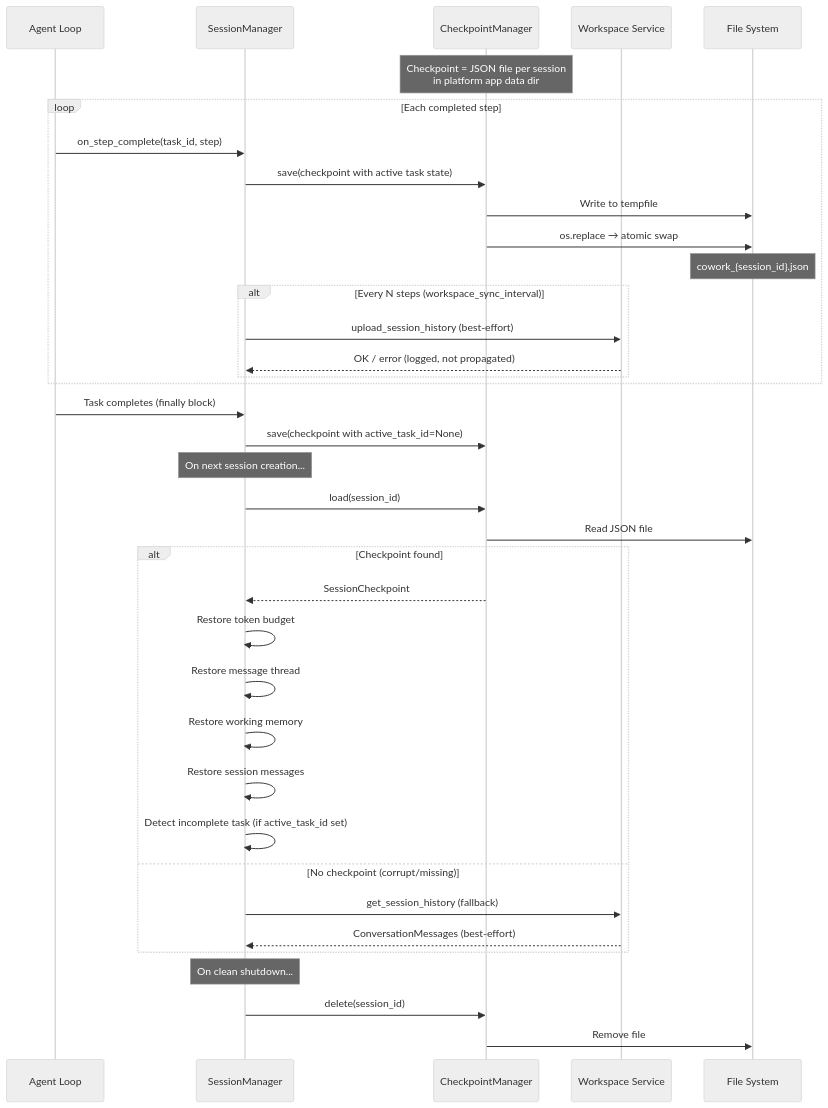
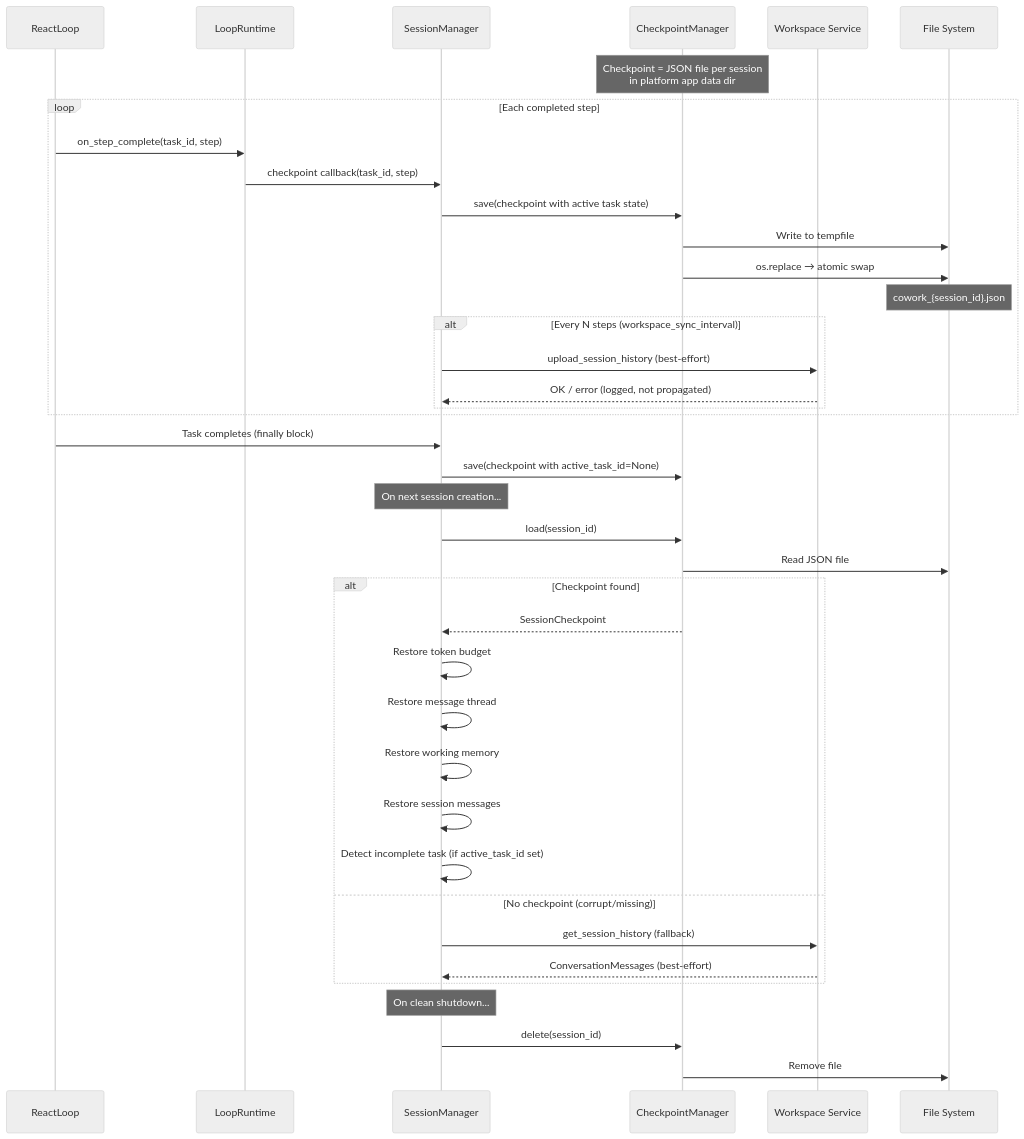
Diagram 19 of 24 in docs/agent-loop-architecture.md (suman724/cowork-agent-runtime), drawn with Mermaid (neutral theme) before and after one commit. The commit also changed other lines of this file and 15 other files, not shown here.

First line of the commit message:
refactor(loop): decompose AgentLoop into LoopRuntime + LoopStrategy + ReactLoop (#33)

````diff
--- a/docs/agent-loop-architecture.md
+++ b/docs/agent-loop-architecture.md
@@ -1172,45 +1236,47 @@
 ```mermaid
 sequenceDiagram
-    participant AL as Agent Loop
+    participant RL as ReactLoop
+    participant LR as LoopRuntime
     participant SM as SessionManager
     participant CM as CheckpointManager
     participant WS as Workspace Service
     participant FS as File System
 
     Note over CM: Checkpoint = JSON file per session<br/>in platform app data dir
 
     loop Each completed step
-        AL->>SM: on_step_complete(task_id, step)
+        RL->>LR: on_step_complete(task_id, step)
+        LR->>SM: checkpoint callback(task_id, step)
         SM->>CM: save(checkpoint with active task state)
         CM->>FS: Write to tempfile
         CM->>FS: os.replace → atomic swap
         Note over FS: cowork_{session_id}.json
 
         alt Every N steps (workspace_sync_interval)
             SM->>WS: upload_session_history (best-effort)
             WS-->>SM: OK / error (logged, not propagated)
         end
     end
 
-    AL->>SM: Task completes (finally block)
+    RL->>SM: Task completes (finally block)
     SM->>CM: save(checkpoint with active_task_id=None)
 
     Note over SM: On next session creation...
     SM->>CM: load(session_id)
     CM->>FS: Read JSON file
     alt Checkpoint found
         CM-->>SM: SessionCheckpoint
         SM->>SM: Restore token budget
         SM->>SM: Restore message thread
         SM->>SM: Restore working memory
         SM->>SM: Restore session messages
         SM->>SM: Detect incomplete task (if active_task_id set)
     else No checkpoint (corrupt/missing)
         SM->>WS: get_session_history (fallback)
         WS-->>SM: ConversationMessages (best-effort)
     end
 
     Note over SM: On clean shutdown...
     SM->>CM: delete(session_id)
     CM->>FS: Remove file
 ```
````
